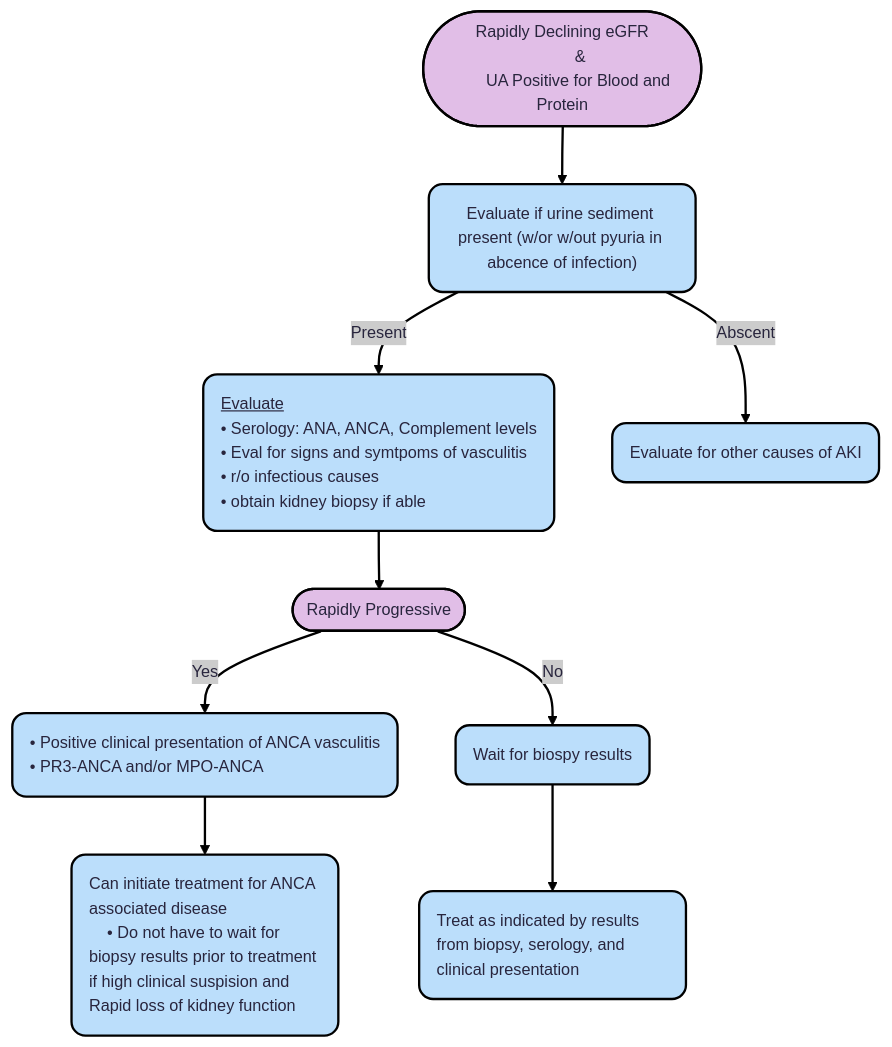
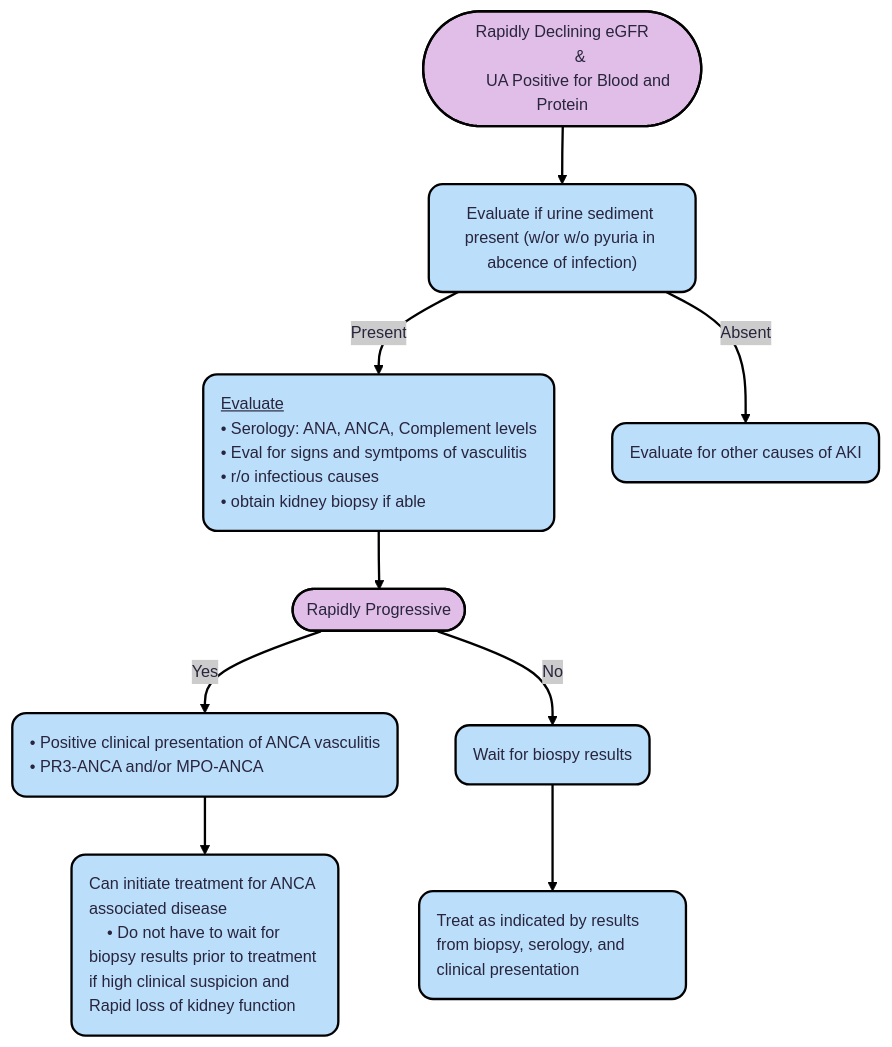
Before and after one commit to TTUNEPH2025/GN: the first of 2 diagrams in docs/ANCA.md, drawn with Mermaid. The commit also changed other lines of this file, not shown here.

````diff
--- a/docs/ANCA.md
+++ b/docs/ANCA.md
@@ -84,39 +84,39 @@
 ```mermaid
 ---
 config:
   theme: redux
 ---
 flowchart TD
     A(["Rapidly Declining eGFR
         &
-        UA Positive for Blood and Protein"]) --> n1["Evaluate if urine sediment present (w/or w/out pyuria in abcence of infection)"]
+        UA Positive for Blood and Protein"]) --> n1["Evaluate if urine sediment present (w/or w/o pyuria in abcence of infection)"]
     n1 -- Present --> n2["<ins>Evaluate</ins>
     • Serology: ANA, ANCA, Complement levels
     • Eval for signs and symtpoms of vasculitis
     • r/o infectious causes
     • obtain kidney biopsy if able"]
-    n1 -- Abscent --> n3["Evaluate for other causes of AKI"]
+    n1 -- Absent --> n3["Evaluate for other causes of AKI"]
     n2 --> n4(["Rapidly Progressive"])
     n4 -- Yes --> n5["• Positive clinical presentation of ANCA vasculitis
     • PR3-ANCA and/or MPO-ANCA"]
     n4 -- No --> n6["Wait for biospy results"]
     n5 --> n7["Can initiate treatment for ANCA associated disease
-    • Do not have to wait for biopsy results prior to treatment if high clinical suspision and Rapid loss of kidney function"]
+    • Do not have to wait for biopsy results prior to treatment if high clinical suspicion and Rapid loss of kidney function"]
     n6 --> n8["Treat as indicated by results from biopsy, serology, and clinical presentation"]
     n1@{ shape: rounded}
     n2@{ shape: rounded}
     n3@{ shape: rounded}
     n5@{ shape: rounded}
     n6@{ shape: rounded}
     n7@{ shape: rounded}
     n8@{ shape: rounded}
     style A fill:#E1BEE7,stroke:#000000
     style n1 fill:#BBDEFB,stroke:#000000
     style n2 stroke:#000000,fill:#BBDEFB,text-align:left,white-space:nowrap
     style n3 stroke:#000000,fill:#BBDEFB,text-align:left,white-space:nowrap
     style n4 fill:#E1BEE7,stroke:#000000
     style n5 fill:#BBDEFB,stroke:#000000,text-align:left,white-space:nowrap
     style n6 stroke:#000000,fill:#BBDEFB,text-align:left,white-space:nowrap
     style n7 fill:#BBDEFB,stroke:#000000,text-align:left
     style n8 fill:#BBDEFB,stroke:#000000,text-align:left
 ```
````
